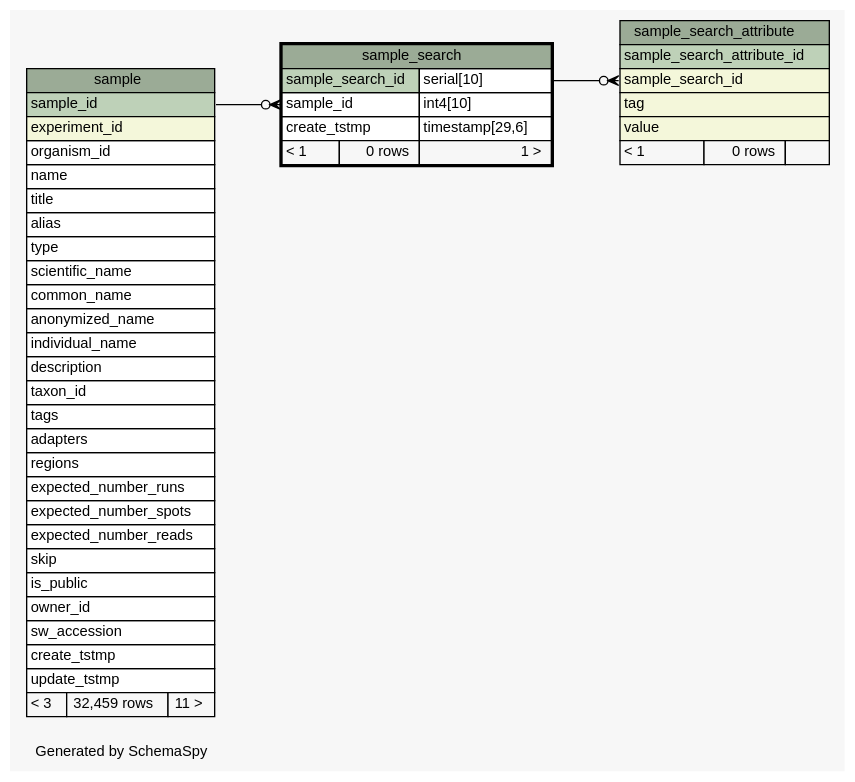
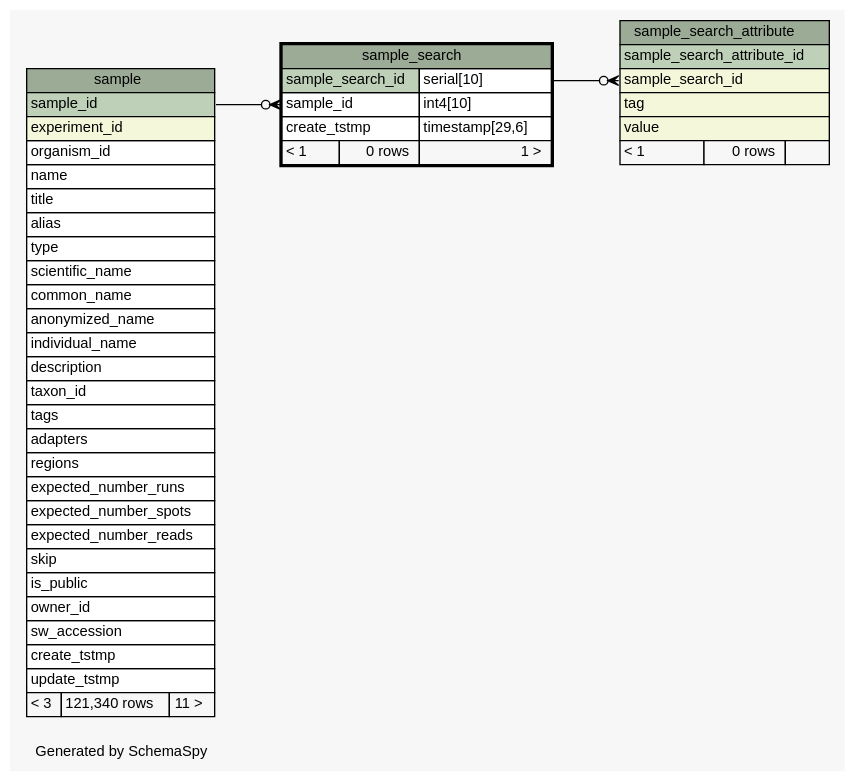
One commit to SeqWare/seqware.github.com changed the diagram in metadb-schema/diagrams/sample_search.1degree.dot. Above: the diagram before and after it, drawn with Graphviz. The commit also changed 365 other files, not shown here.

Commit message:
Refresh dbschema docs

```diff
--- a/metadb-schema/diagrams/sample_search.1degree.dot
+++ b/metadb-schema/diagrams/sample_search.1degree.dot
@@ -1,83 +1,83 @@
-// dot 2.32.0 on Mac OS X 10.8.3
+// dot 2.26.3 on Linux 3.5.0-47-generic
 // SchemaSpy rev 590
 digraph "oneDegreeRelationshipsDiagram" {
   graph [
     rankdir="RL"
     bgcolor="#f7f7f7"
     label="\nGenerated by SchemaSpy"
     labeljust="l"
     nodesep="0.18"
     ranksep="0.46"
     fontname="Helvetica"
     fontsize="11"
   ];
   node [
     fontname="Helvetica"
     fontsize="11"
     shape="plaintext"
   ];
   edge [
     arrowsize="0.8"
   ];
   "sample_search":"sample_id":w -> "sample":"sample_id":e [arrowhead=none dir=back arrowtail=crowodot];
   "sample_search_attribute":"sample_search_id":w -> "sample_search":"sample_search_id.type":e [arrowhead=none dir=back arrowtail=crowodot];
   "sample" [
     label=<
     <TABLE BORDER="0" CELLBORDER="1" CELLSPACING="0" BGCOLOR="#ffffff">
       <TR><TD COLSPAN="3" BGCOLOR="#9bab96" ALIGN="CENTER">sample</TD></TR>
       <TR><TD PORT="sample_id" COLSPAN="3" BGCOLOR="#bed1b8" ALIGN="LEFT">sample_id</TD></TR>
       <TR><TD PORT="experiment_id" COLSPAN="3" BGCOLOR="#f4f7da" ALIGN="LEFT">experiment_id</TD></TR>
       <TR><TD PORT="organism_id" COLSPAN="3" ALIGN="LEFT">organism_id</TD></TR>
       <TR><TD PORT="name" COLSPAN="3" ALIGN="LEFT">name</TD></TR>
       <TR><TD PORT="title" COLSPAN="3" ALIGN="LEFT">title</TD></TR>
       <TR><TD PORT="alias" COLSPAN="3" ALIGN="LEFT">alias</TD></TR>
       <TR><TD PORT="type" COLSPAN="3" ALIGN="LEFT">type</TD></TR>
       <TR><TD PORT="scientific_name" COLSPAN="3" ALIGN="LEFT">scientific_name</TD></TR>
       <TR><TD PORT="common_name" COLSPAN="3" ALIGN="LEFT">common_name</TD></TR>
       <TR><TD PORT="anonymized_name" COLSPAN="3" ALIGN="LEFT">anonymized_name</TD></TR>
       <TR><TD PORT="individual_name" COLSPAN="3" ALIGN="LEFT">individual_name</TD></TR>
       <TR><TD PORT="description" COLSPAN="3" ALIGN="LEFT">description</TD></TR>
       <TR><TD PORT="taxon_id" COLSPAN="3" ALIGN="LEFT">taxon_id</TD></TR>
       <TR><TD PORT="tags" COLSPAN="3" ALIGN="LEFT">tags</TD></TR>
       <TR><TD PORT="adapters" COLSPAN="3" ALIGN="LEFT">adapters</TD></TR>
       <TR><TD PORT="regions" COLSPAN="3" ALIGN="LEFT">regions</TD></TR>
       <TR><TD PORT="expected_number_runs" COLSPAN="3" ALIGN="LEFT">expected_number_runs</TD></TR>
       <TR><TD PORT="expected_number_spots" COLSPAN="3" ALIGN="LEFT">expected_number_spots</TD></TR>
       <TR><TD PORT="expected_number_reads" COLSPAN="3" ALIGN="LEFT">expected_number_reads</TD></TR>
       <TR><TD PORT="skip" COLSPAN="3" ALIGN="LEFT">skip</TD></TR>
       <TR><TD PORT="is_public" COLSPAN="3" ALIGN="LEFT">is_public</TD></TR>
       <TR><TD PORT="owner_id" COLSPAN="3" ALIGN="LEFT">owner_id</TD></TR>
       <TR><TD PORT="sw_accession" COLSPAN="3" ALIGN="LEFT">sw_accession</TD></TR>
       <TR><TD PORT="create_tstmp" COLSPAN="3" ALIGN="LEFT">create_tstmp</TD></TR>
       <TR><TD PORT="update_tstmp" COLSPAN="3" ALIGN="LEFT">update_tstmp</TD></TR>
-      <TR><TD ALIGN="LEFT" BGCOLOR="#f7f7f7">&lt; 3</TD><TD ALIGN="RIGHT" BGCOLOR="#f7f7f7">32,459 rows</TD><TD ALIGN="RIGHT" BGCOLOR="#f7f7f7">11 &gt;</TD></TR>
+      <TR><TD ALIGN="LEFT" BGCOLOR="#f7f7f7">&lt; 3</TD><TD ALIGN="RIGHT" BGCOLOR="#f7f7f7">121,340 rows</TD><TD ALIGN="RIGHT" BGCOLOR="#f7f7f7">11 &gt;</TD></TR>
     </TABLE>>
     URL="sample.html"
     tooltip="sample"
   ];
   "sample_search" [
     label=<
     <TABLE BORDER="2" CELLBORDER="1" CELLSPACING="0" BGCOLOR="#ffffff">
       <TR><TD COLSPAN="3" BGCOLOR="#9bab96" ALIGN="CENTER">sample_search</TD></TR>
       <TR><TD PORT="sample_search_id" COLSPAN="2" BGCOLOR="#bed1b8" ALIGN="LEFT">sample_search_id</TD><TD PORT="sample_search_id.type" ALIGN="LEFT">serial[10]</TD></TR>
       <TR><TD PORT="sample_id" COLSPAN="2" ALIGN="LEFT">sample_id</TD><TD PORT="sample_id.type" ALIGN="LEFT">int4[10]</TD></TR>
       <TR><TD PORT="create_tstmp" COLSPAN="2" ALIGN="LEFT">create_tstmp</TD><TD PORT="create_tstmp.type" ALIGN="LEFT">timestamp[29,6]</TD></TR>
       <TR><TD ALIGN="LEFT" BGCOLOR="#f7f7f7">&lt; 1</TD><TD ALIGN="RIGHT" BGCOLOR="#f7f7f7">0 rows</TD><TD ALIGN="RIGHT" BGCOLOR="#f7f7f7">1 &gt;</TD></TR>
     </TABLE>>
     URL="sample_search.html"
     tooltip="sample_search"
   ];
   "sample_search_attribute" [
     label=<
     <TABLE BORDER="0" CELLBORDER="1" CELLSPACING="0" BGCOLOR="#ffffff">
       <TR><TD COLSPAN="3" BGCOLOR="#9bab96" ALIGN="CENTER">sample_search_attribute</TD></TR>
       <TR><TD PORT="sample_search_attribute_id" COLSPAN="3" BGCOLOR="#bed1b8" ALIGN="LEFT">sample_search_attribute_id</TD></TR>
       <TR><TD PORT="sample_search_id" COLSPAN="3" BGCOLOR="#f4f7da" ALIGN="LEFT">sample_search_id</TD></TR>
       <TR><TD PORT="tag" COLSPAN="3" BGCOLOR="#f4f7da" ALIGN="LEFT">tag</TD></TR>
       <TR><TD PORT="value" COLSPAN="3" BGCOLOR="#f4f7da" ALIGN="LEFT">value</TD></TR>
       <TR><TD ALIGN="LEFT" BGCOLOR="#f7f7f7">&lt; 1</TD><TD ALIGN="RIGHT" BGCOLOR="#f7f7f7">0 rows</TD><TD ALIGN="RIGHT" BGCOLOR="#f7f7f7">  </TD></TR>
     </TABLE>>
     URL="sample_search_attribute.html"
     tooltip="sample_search_attribute"
   ];
 }
```
